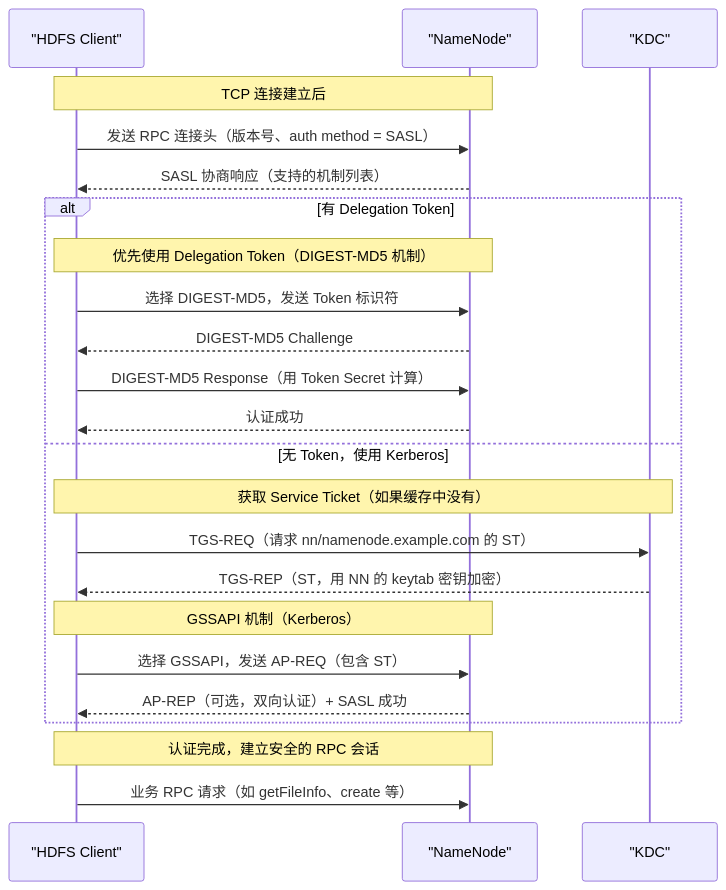
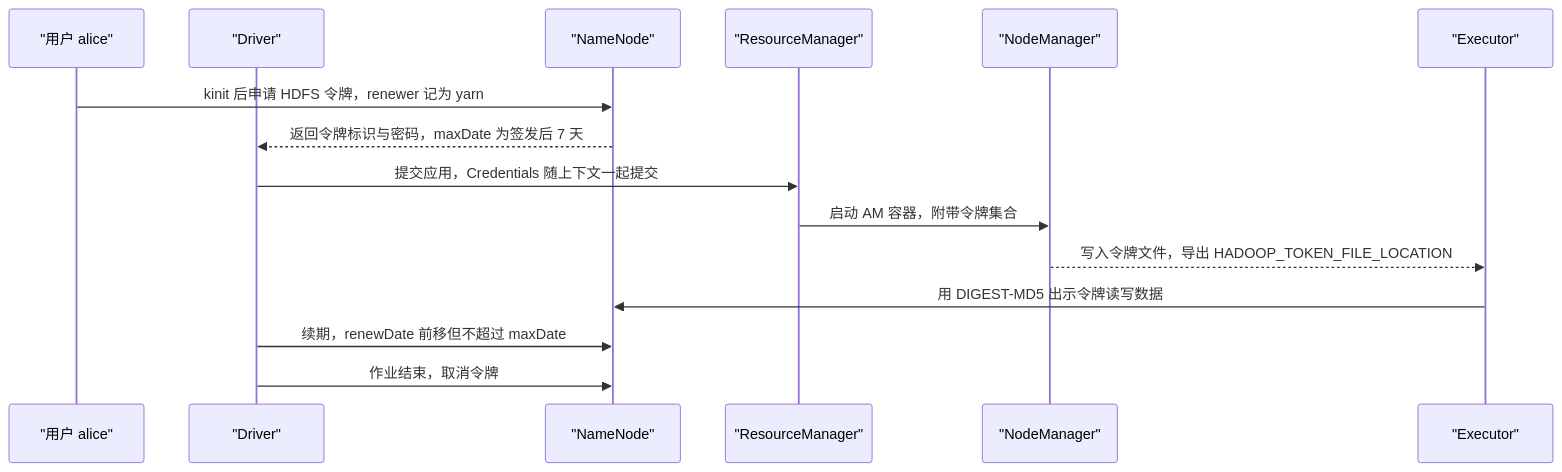
The fourth of 5 diagrams in content/大数据/安全与认证/03 Hadoop 安全模式：Kerberos 集成全链路解析.md (hpliStartAgain/my-brain), drawn with Mermaid before and after one commit. The commit also changed other lines of this file and 455 other files, not shown here.

````diff
--- a/content/大数据/安全与认证/03 Hadoop 安全模式：Kerberos 集成全链路解析.md
+++ b/content/大数据/安全与认证/03 Hadoop 安全模式：Kerberos 集成全链路解析.md
@@ -159,31 +418,19 @@
 ```mermaid
 %%{init: {'theme': 'dracula'}}%%
 sequenceDiagram
-    participant C as "HDFS Client"
+    participant U as "用户 alice"
+    participant D as "Driver"
     participant NN as "NameNode"
-    participant KDC as "KDC"
+    participant RM as "ResourceManager"
+    participant NM as "NodeManager"
+    participant E as "Executor"
 
-    Note over C,NN: TCP 连接建立后
-
-    C->>NN: 发送 RPC 连接头（版本号、auth method = SASL）
-    NN-->>C: SASL 协商响应（支持的机制列表）
-
-    alt 有 Delegation Token
-        Note over C,NN: 优先使用 Delegation Token（DIGEST-MD5 机制）
-        C->>NN: 选择 DIGEST-MD5，发送 Token 标识符
-        NN-->>C: DIGEST-MD5 Challenge
-        C->>NN: DIGEST-MD5 Response（用 Token Secret 计算）
-        NN-->>C: 认证成功
-    else 无 Token，使用 Kerberos
-        Note over C,KDC: 获取 Service Ticket（如果缓存中没有）
-        C->>KDC: TGS-REQ（请求 nn/namenode.example.com 的 ST）
-        KDC-->>C: TGS-REP（ST，用 NN 的 keytab 密钥加密）
-        
-        Note over C,NN: GSSAPI 机制（Kerberos）
-        C->>NN: 选择 GSSAPI，发送 AP-REQ（包含 ST）
-        NN-->>C: AP-REP（可选，双向认证）+ SASL 成功
-    end
-
-    Note over C,NN: 认证完成，建立安全的 RPC 会话
-    C->>NN: 业务 RPC 请求（如 getFileInfo、create 等）
+    U->>NN: kinit 后申请 HDFS 令牌，renewer 记为 yarn
+    NN-->>D: 返回令牌标识与密码，maxDate 为签发后 7 天
+    D->>RM: 提交应用，Credentials 随上下文一起提交
+    RM->>NM: 启动 AM 容器，附带令牌集合
+    NM-->>E: 写入令牌文件，导出 HADOOP_TOKEN_FILE_LOCATION
+    E->>NN: 用 DIGEST-MD5 出示令牌读写数据
+    D->>NN: 续期，renewDate 前移但不超过 maxDate
+    D->>NN: 作业结束，取消令牌
 ```
````
